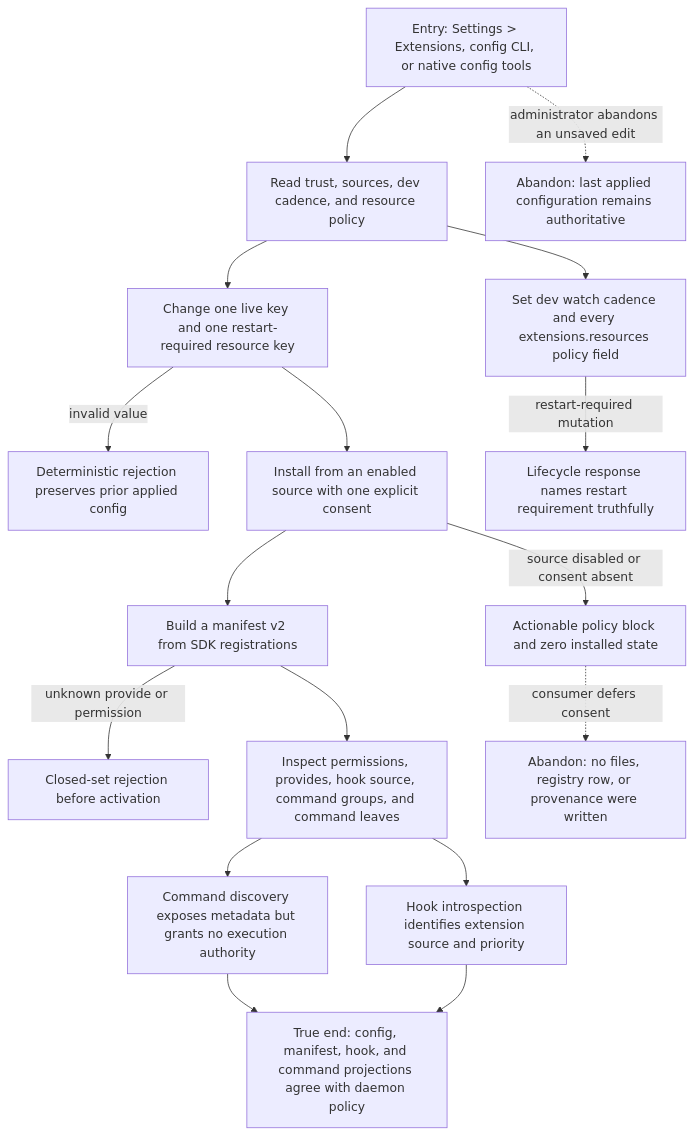
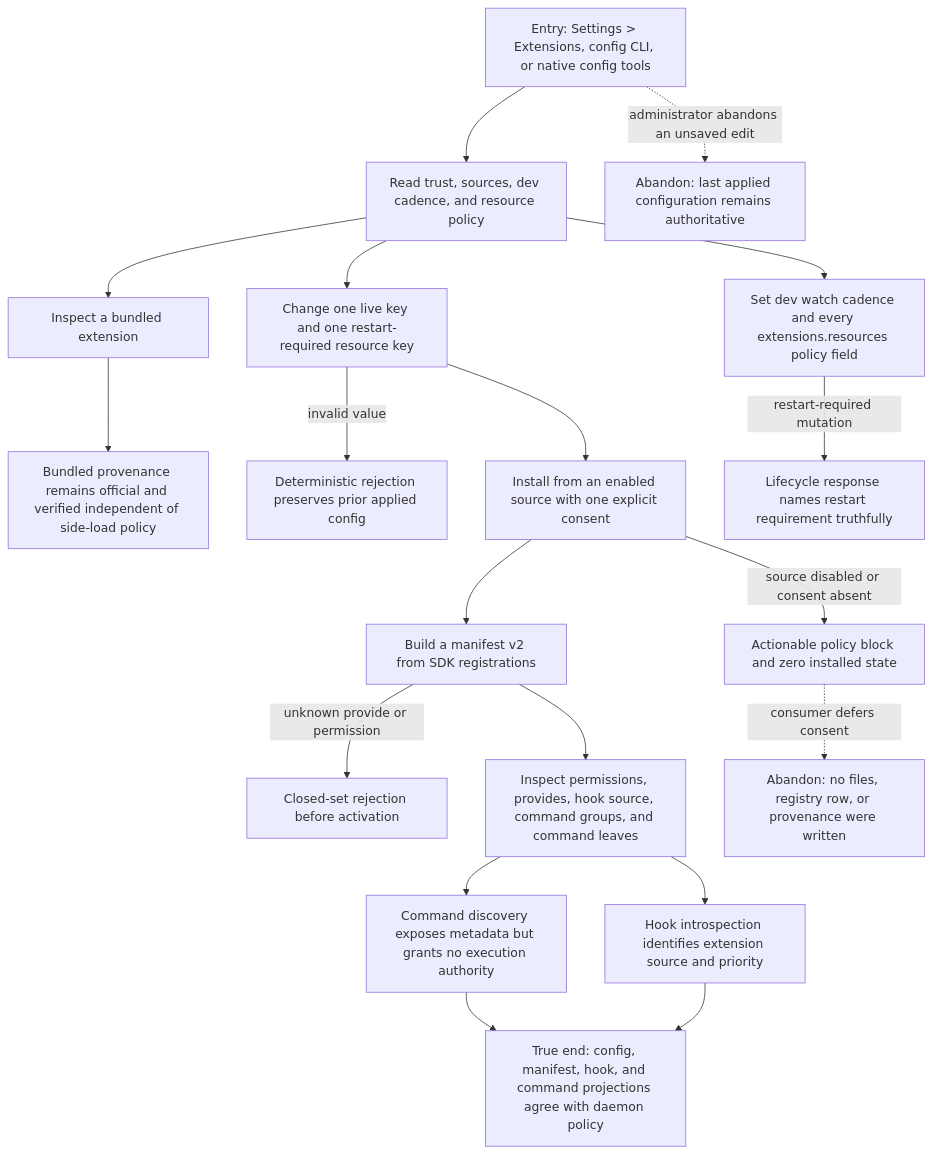
The diagram in docs/qa/journeys/J-extension-policy-admin.md (compozy/compozy), drawn with Mermaid before and after one commit. The commit also changed other lines of this file and 89 other files, not shown here.

````diff
--- a/docs/qa/journeys/J-extension-policy-admin.md
+++ b/docs/qa/journeys/J-extension-policy-admin.md
@@ -7,19 +7,21 @@
 ```mermaid
 flowchart TD
   A[Entry: Settings > Extensions, config CLI, or native config tools] --> B[Read trust, sources, dev cadence, and resource policy]
   B --> C[Change one live key and one restart-required resource key]
+  B --> BT[Inspect a bundled extension]
+  BT --> BV[Bundled provenance remains official and verified independent of side-load policy]
   C -->|invalid value| C1[Deterministic rejection preserves prior applied config]
   C --> D[Install from an enabled source with one explicit consent]
   D -->|source disabled or consent absent| D1[Actionable policy block and zero installed state]
   D --> E[Build a manifest v2 from SDK registrations]
   E -->|unknown provide or permission| E1[Closed-set rejection before activation]
   E --> F[Inspect permissions, provides, hook source, command groups, and command leaves]
   F --> G[Hook introspection identifies extension source and priority]
   F --> H[Command discovery exposes metadata but grants no execution authority]
   B --> I[Set dev watch cadence and every extensions.resources policy field]
   I -->|restart-required mutation| I1[Lifecycle response names restart requirement truthfully]
   A -.->|administrator abandons an unsaved edit| X1[Abandon: last applied configuration remains authoritative]
   D1 -.->|consumer defers consent| X2[Abandon: no files, registry row, or provenance were written]
   H --> Z[True end: config, manifest, hook, and command projections agree with daemon policy]
   G --> Z
 ```
````
